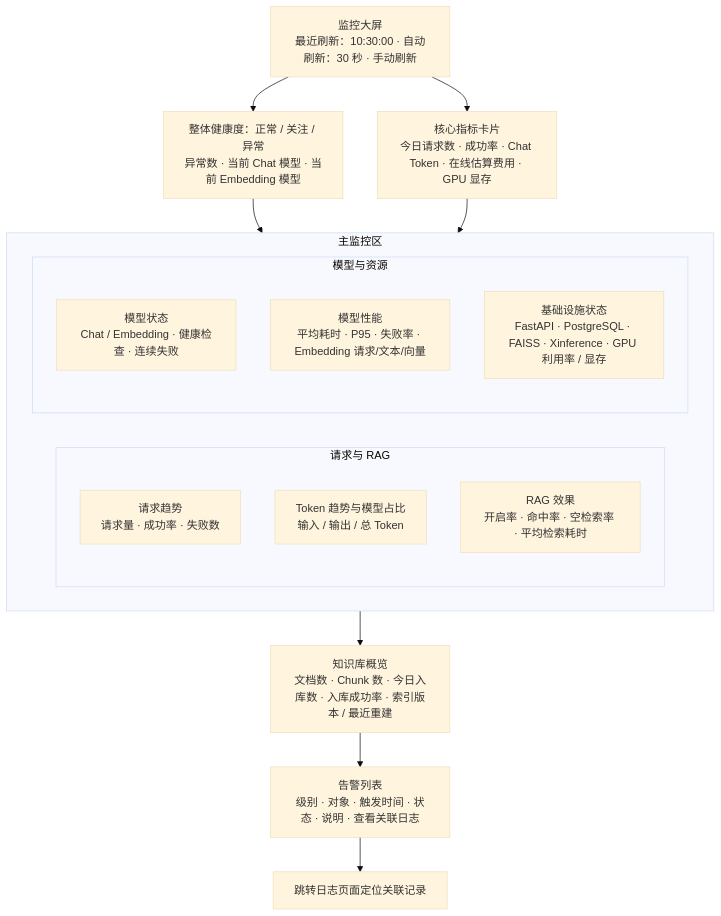
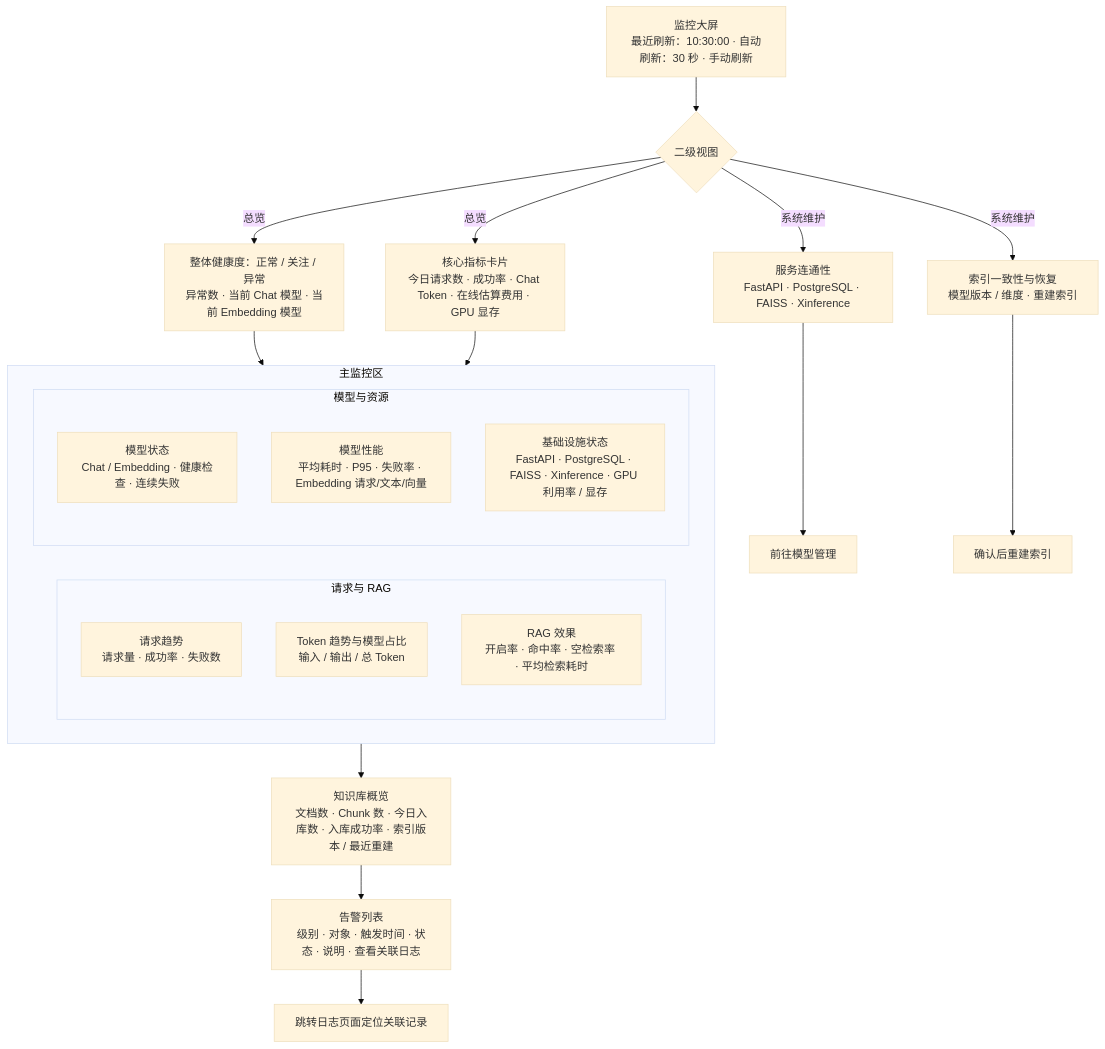
One commit to Square-nut/LLMOps changed the third of 3 diagrams in PRD.md. Above: the diagram before and after it, drawn with Mermaid (base theme). The commit also changed other lines of this file and 5 other files, not shown here.

````diff
--- a/PRD.md
+++ b/PRD.md
@@ -187,30 +189,34 @@
 ```mermaid
 flowchart TB
     H[监控大屏<br/>最近刷新：10:30:00 · 自动刷新：30 秒 · 手动刷新]
-
-    H --> S[整体健康度：正常 / 关注 / 异常<br/>异常数 · 当前 Chat 模型 · 当前 Embedding 模型]
-    H --> K[核心指标卡片<br/>今日请求数 · 成功率 · Chat Token · 在线估算费用 · GPU 显存]
+    H --> T{二级视图}
+    T -->|总览| S[整体健康度：正常 / 关注 / 异常<br/>异常数 · 当前 Chat 模型 · 当前 Embedding 模型]
+    T -->|总览| K[核心指标卡片<br/>今日请求数 · 成功率 · Chat Token · 在线估算费用 · GPU 显存]
+    T -->|系统维护| M0[服务连通性<br/>FastAPI · PostgreSQL · FAISS · Xinference]
+    T -->|系统维护| M4[索引一致性与恢复<br/>模型版本 / 维度 · 重建索引]
 
     S --> L
     K --> L
 
     subgraph L[主监控区]
         direction LR
         subgraph R[请求与 RAG]
             direction TB
             R1[请求趋势<br/>请求量 · 成功率 · 失败数]
             R2[Token 趋势与模型占比<br/>输入 / 输出 / 总 Token]
             R3[RAG 效果<br/>开启率 · 命中率 · 空检索率 · 平均检索耗时]
         end
         subgraph M[模型与资源]
             direction TB
             M1[模型状态<br/>Chat / Embedding · 健康检查 · 连续失败]
             M2[模型性能<br/>平均耗时 · P95 · 失败率 · Embedding 请求/文本/向量]
             M3[基础设施状态<br/>FastAPI · PostgreSQL · FAISS · Xinference · GPU 利用率 / 显存]
         end
     end
 
     L --> D[知识库概览<br/>文档数 · Chunk 数 · 今日入库数 · 入库成功率 · 索引版本 / 最近重建]
     D --> A[告警列表<br/>级别 · 对象 · 触发时间 · 状态 · 说明 · 查看关联日志]
     A --> G[跳转日志页面定位关联记录]
+    M0 --> MM[前往模型管理]
+    M4 --> RI[确认后重建索引]
 ```
````
